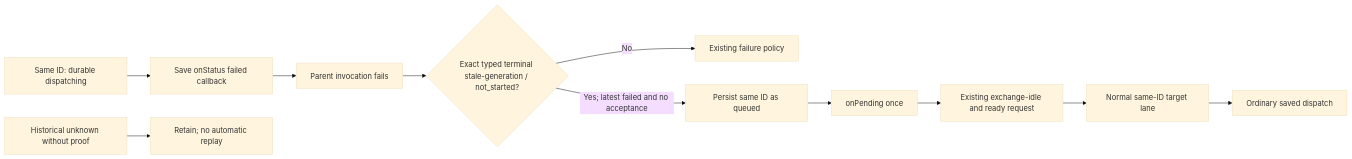
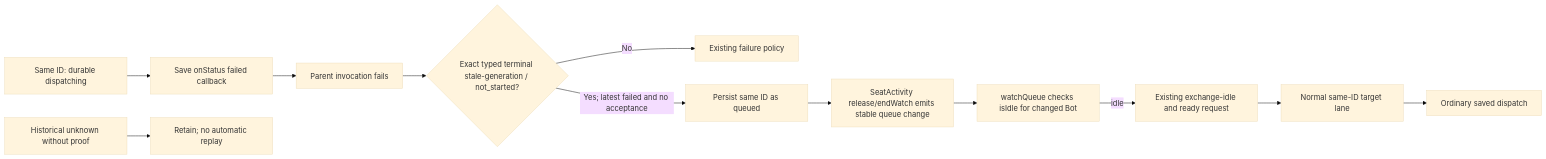
Before and after one commit to kitepon/BellTeam: the diagram in docs/architecture/modules/conversation/durable-receipt.md, drawn with Mermaid (base theme). The commit also changed other lines of this file and 5 other files, not shown here.

Commit message:
fix(conversation): drain swapped deliveries after seat release

````diff
--- a/docs/architecture/modules/conversation/durable-receipt.md
+++ b/docs/architecture/modules/conversation/durable-receipt.md
@@ -30,13 +30,14 @@
 ```mermaid
 flowchart LR
   Dispatching[Same ID: durable dispatching] --> Failed[Save onStatus failed callback]
   Failed --> Failure[Parent invocation fails]
   Failure --> Typed{Exact typed terminal stale-generation / not_started?}
   Typed -->|No| Existing[Existing failure policy]
   Typed -->|Yes; latest failed and no acceptance| Queued[Persist same ID as queued]
-  Queued --> Pending[onPending once]
-  Pending --> Ready[Existing exchange-idle and ready request]
+  Queued --> Release[SeatActivity release/endWatch emits stable queue change]
+  Release --> Idle[watchQueue checks isIdle for changed Bot]
+  Idle -->|idle| Ready[Existing exchange-idle and ready request]
   Ready --> Lane[Normal same-ID target lane]
   Lane --> Dispatch[Ordinary saved dispatch]
   OldUnknown[Historical unknown without proof] --> Retain[Retain; no automatic replay]
 ```
````
